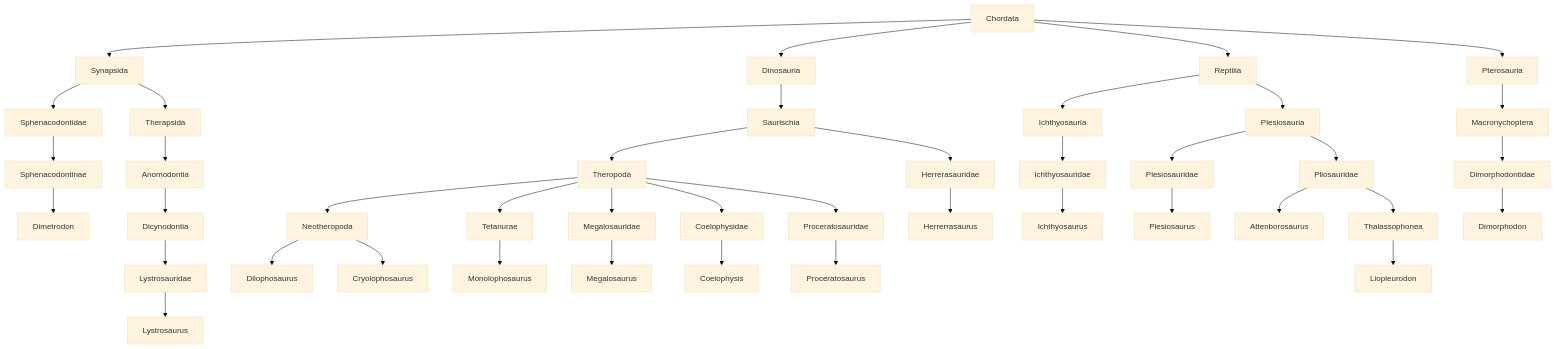
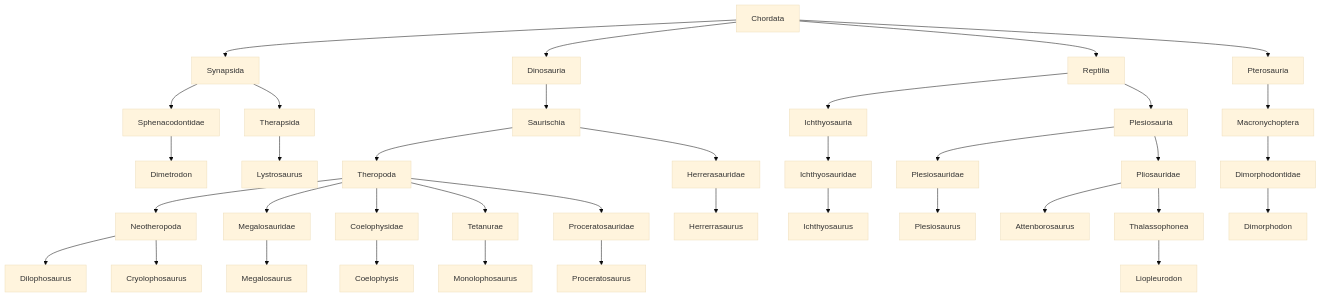
One commit to jackdixonryan/JWE2-Taxonomy changed the diagram in readme.md. Above: the diagram before and after it, drawn with Mermaid (base theme).

Commit message:
Update readme.md
Simplified Therapsid Clades for visibility

````diff
--- a/readme.md
+++ b/readme.md
@@ -3,58 +3,54 @@
 ```mermaid
 graph TD;
 
 Chordata-->Synapsida
 Chordata-->Dinosauria
 Chordata-->Reptilia
 Chordata-->Pterosauria
 
 Synapsida-->Sphenacodontidae
 Synapsida-->Therapsida
 
-Sphenacodontidae-->Sphenacodontinae
-Sphenacodontinae-->Dimetrodon
+Sphenacodontidae-->Dimetrodon
 
-Therapsida-->Anomodontia
-Anomodontia-->Dicynodontia
-Dicynodontia-->Lystrosauridae
-Lystrosauridae-->Lystrosaurus
+Therapsida-->Lystrosaurus
 
 Dinosauria-->Saurischia
 
 Saurischia-->Herrerasauridae
 Saurischia-->Theropoda
 
 Theropoda-->Neotheropoda
 Theropoda-->Megalosauridae
 Theropoda-->Coelophysidae
 Theropoda-->Tetanurae
 Theropoda-->Proceratosauridae
 
 Neotheropoda-->Dilophosaurus
 Neotheropoda-->Cryolophosaurus
 
 Tetanurae-->Monolophosaurus
 Herrerasauridae-->Herrerrasaurus
 Megalosauridae-->Megalosaurus
 Coelophysidae-->Coelophysis
 
 Proceratosauridae-->Proceratosaurus
 
 Reptilia-->Ichthyosauria
 Reptilia-->Plesiosauria
 
 Ichthyosauria-->Ichthyosauridae 
 Ichthyosauridae-->Ichthyosaurus
 
 Plesiosauria-->Plesiosauridae 
 Plesiosauria-->Pliosauridae
 
 Plesiosauridae-->Plesiosaurus
 Pliosauridae-->Attenborosaurus
 Pliosauridae-->Thalassophonea
 Thalassophonea-->Liopleurodon
 
 Pterosauria-->Macronychoptera
 Macronychoptera-->Dimorphodontidae 
 Dimorphodontidae-->Dimorphodon
 ```
````
